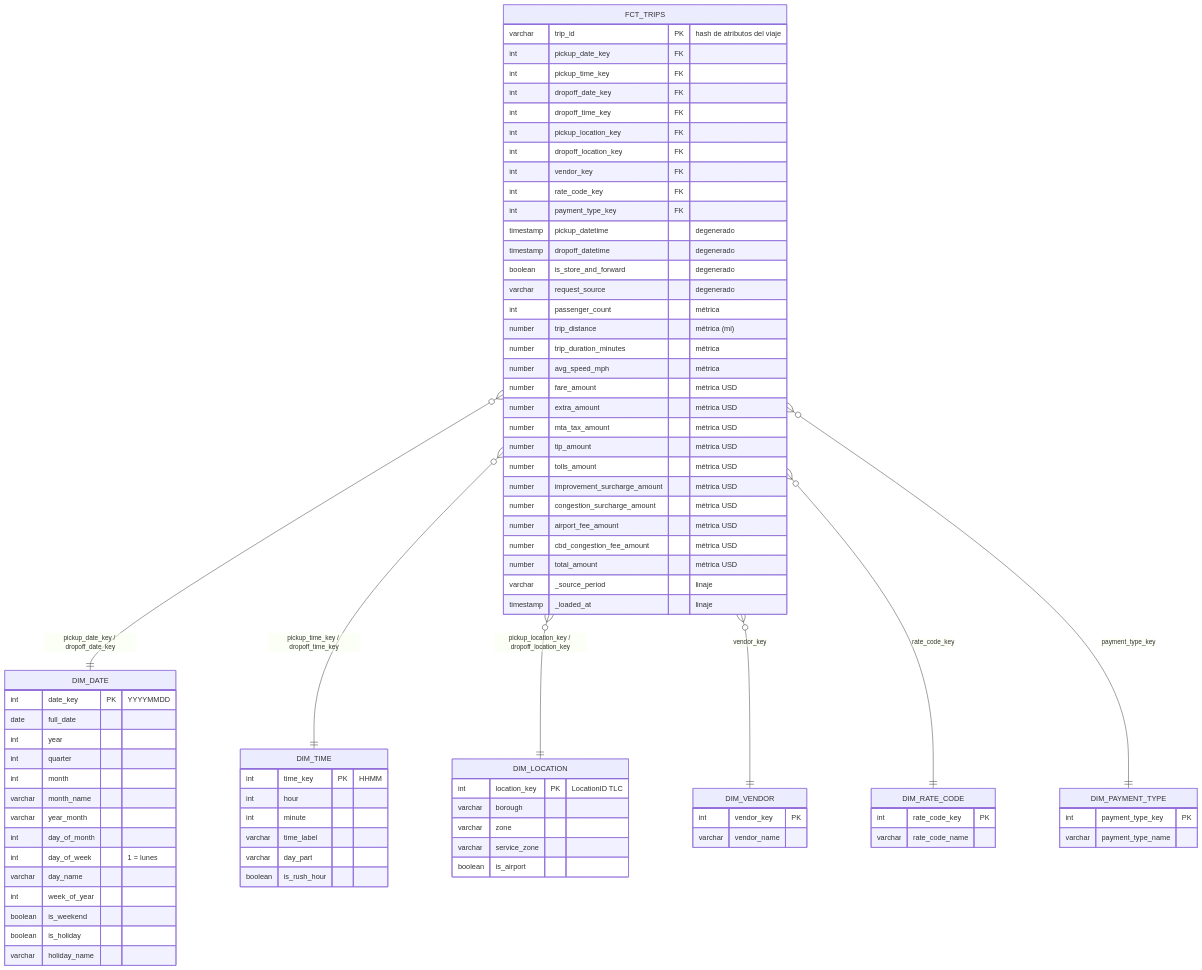
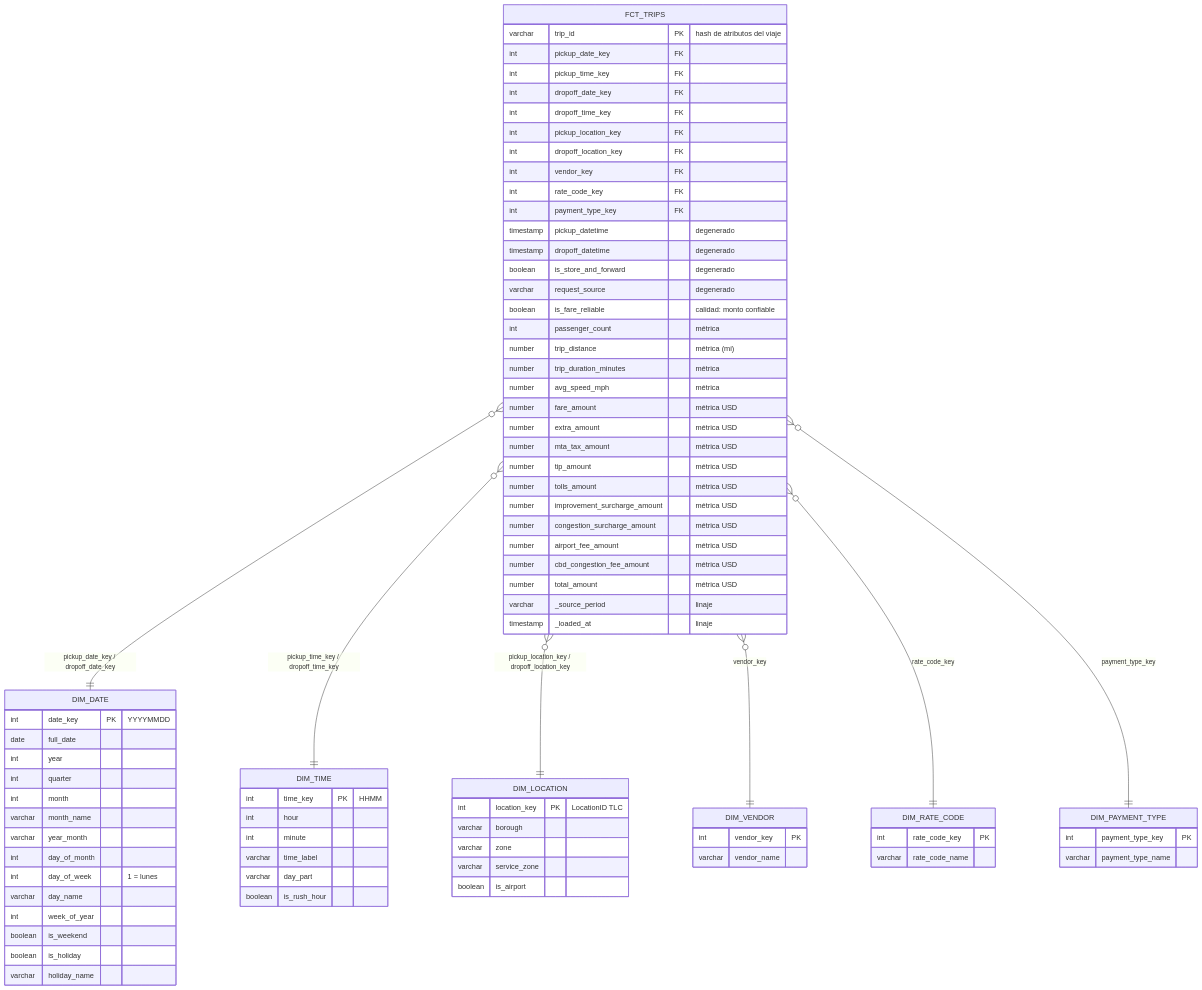
Before and after one commit to rosvjames/ciencia-de-datos: the diagram in laboratorios/semana-07/docs/esquema_estrella.md, drawn with Mermaid. The commit also changed other lines of this file and 10 other files, not shown here.

```diff
--- a/laboratorios/semana-07/docs/esquema_estrella.md
+++ b/laboratorios/semana-07/docs/esquema_estrella.md
@@ -26,6 +26,7 @@
         timestamp dropoff_datetime "degenerado"
         boolean is_store_and_forward "degenerado"
         varchar request_source "degenerado"
+        boolean is_fare_reliable "calidad: monto confiable"
         int passenger_count "métrica"
         number trip_distance "métrica (mi)"
         number trip_duration_minutes "métrica"
```
